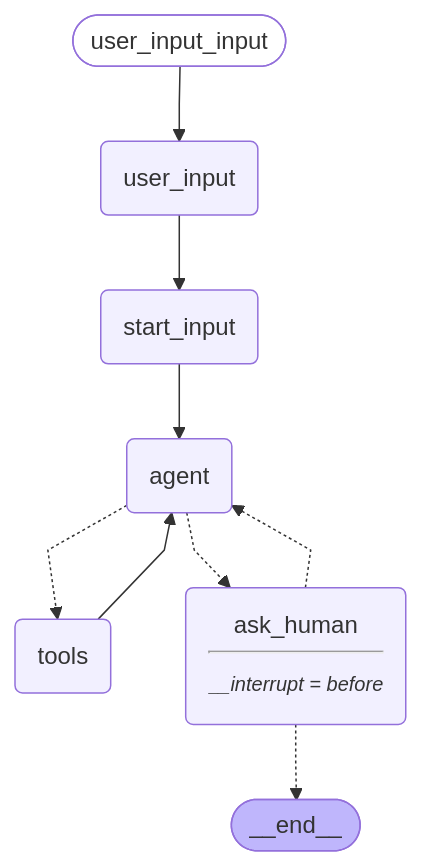
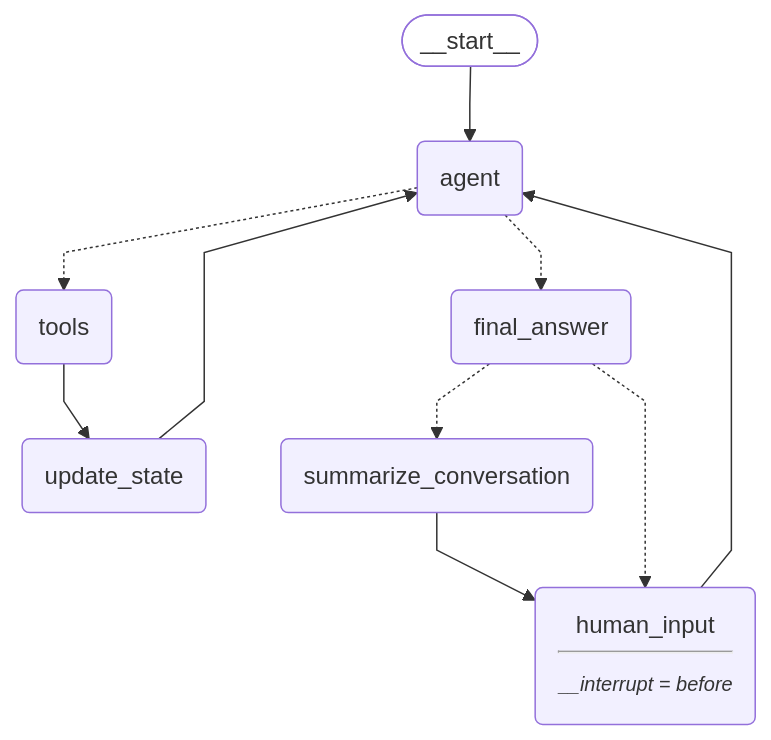
Before and after one commit to Actual-Chat/actual-chat: the diagram in services/chatbot/app/test/graph.md, drawn with Mermaid. The commit also changed 6 other files, not shown here.

````diff
--- a/services/chatbot/app/test/graph.md
+++ b/services/chatbot/app/test/graph.md
@@ -1,22 +1,23 @@
 ```mermaid
 %%{init: {'flowchart': {'curve': 'linear'}}}%%
 graph TD;
-        user_input_input([user_input_input]):::first
-        user_input(user_input)
+        __start__([<p>__start__</p>]):::first
         agent(agent)
         tools(tools)
-        start_input(start_input)
-        ask_human(ask_human<hr/><small><em>__interrupt = before</em></small>)
-        __end__([<p>__end__</p>]):::last
-        user_input_input --> user_input;
-        start_input --> agent;
-        tools --> agent;
+        update_state(update_state)
+        summarize_conversation(summarize_conversation)
+        final_answer(final_answer)
+        human_input(human_input<hr/><small><em>__interrupt = before</em></small>)
+        __start__ --> agent;
+        human_input --> agent;
+        summarize_conversation --> human_input;
+        tools --> update_state;
+        update_state --> agent;
         agent -.-> tools;
-        agent -.-> ask_human;
-        ask_human -.-> agent;
-        ask_human -.-> __end__;
-        user_input --> start_input;
+        agent -.-> final_answer;
+        final_answer -.-> summarize_conversation;
+        final_answer -.-> human_input;
         classDef default fill:#f2f0ff,line-height:1.2
         classDef first fill-opacity:0
         classDef last fill:#bfb6fc
 ```
````
